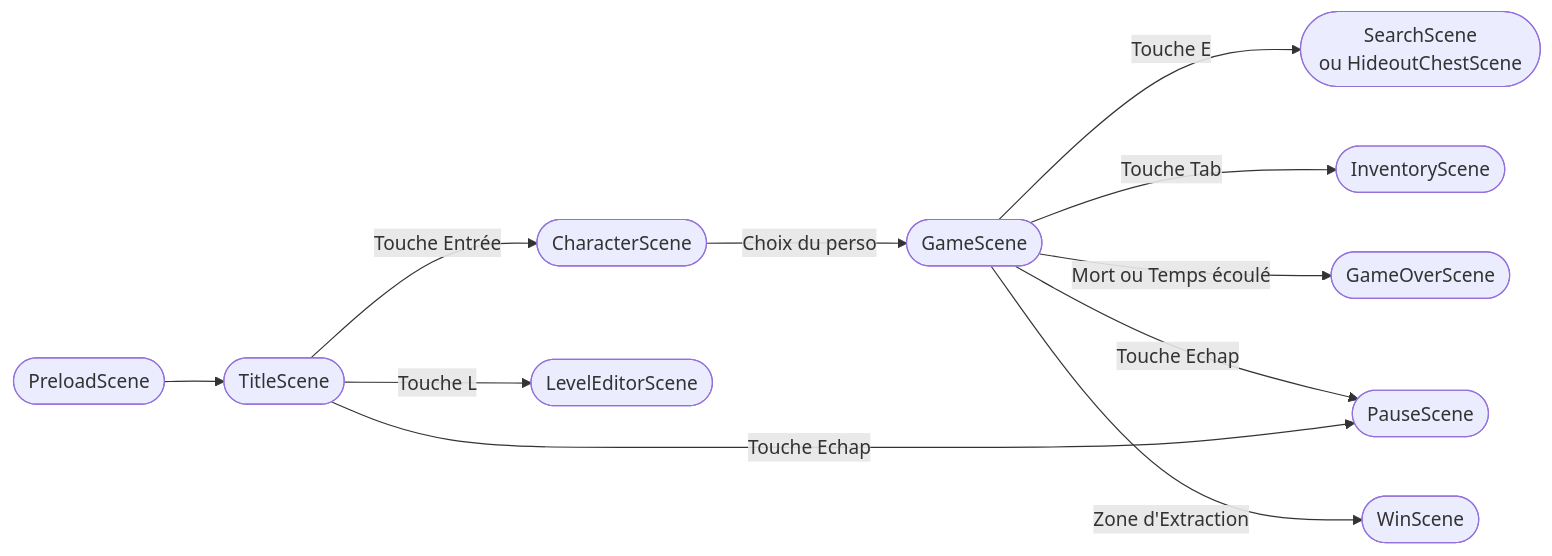
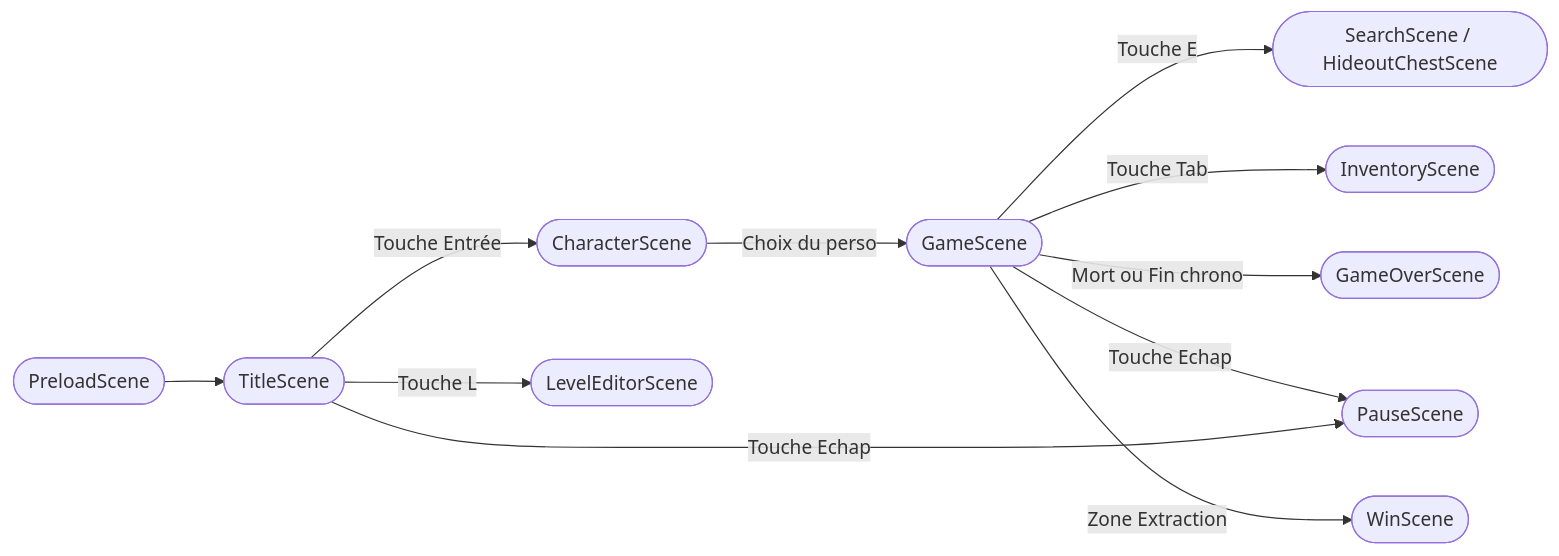
One commit to remisarrailh/ragederue changed the second of 3 diagrams in README.md. Above: the diagram before and after it, drawn with Mermaid. The commit also changed other lines of this file, not shown here.

First line of the commit message:
Fix Mermaid syntax and enhance README clarity

````diff
--- a/README.md
+++ b/README.md
@@ -73,17 +73,17 @@
 ```mermaid
 graph LR
-    P([PreloadScene]) --> T([TitleScene])
-    T -->|Touche Entrée| C([CharacterScene])
-    T -->|Touche L| ED([LevelEditorScene])
-    T -->|Touche Echap| PA([PauseScene])
+    P(["PreloadScene"]) --> T(["TitleScene"])
+    T -->|"Touche Entrée"| C(["CharacterScene"])
+    T -->|"Touche L"| ED(["LevelEditorScene"])
+    T -->|"Touche Echap"| PA(["PauseScene"])
     
-    C -->|Choix du perso| G([GameScene])
+    C -->|"Choix du perso"| G(["GameScene"])
     
-    G -->|Touche E| S([SearchScene <br>ou HideoutChestScene])
-    G -->|Touche Tab| I([InventoryScene])
-    G -->|Touche Echap| PA
+    G -->|"Touche E"| S(["SearchScene / HideoutChestScene"])
+    G -->|"Touche Tab"| I(["InventoryScene"])
+    G -->|"Touche Echap"| PA
     
-    G -->|Mort ou Temps écoulé| GO([GameOverScene])
-    G -->|Zone d'Extraction| W([WinScene])
+    G -->|"Mort ou Fin chrono"| GO(["GameOverScene"])
+    G -->|"Zone Extraction"| W(["WinScene"])
 
 ```
````
